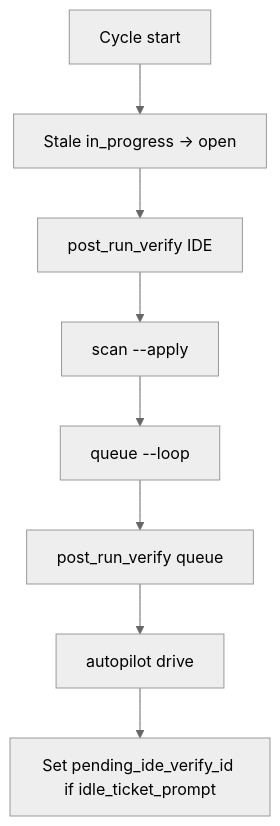
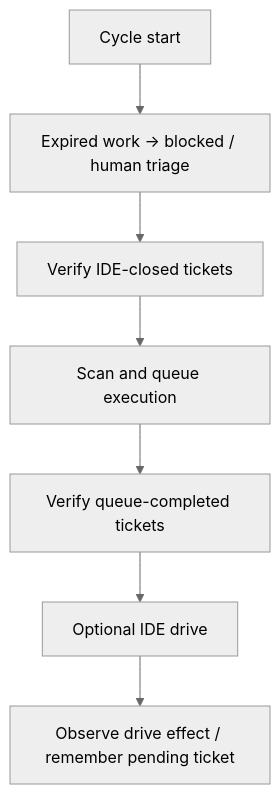
One commit to semcod/koru changed the diagram in docs/post-run-verify.md. Above: the diagram before and after it, drawn with Mermaid (neutral theme). The commit also changed other lines of this file and 7 other files, not shown here.

````diff
--- a/docs/post-run-verify.md
+++ b/docs/post-run-verify.md
@@ -48,10 +54,9 @@
 ```mermaid
 flowchart TD
-  A[Cycle start] --> B[Stale in_progress → open]
-  B --> C[post_run_verify IDE]
-  C --> D[scan --apply]
-  D --> E[queue --loop]
-  E --> F[post_run_verify queue]
-  F --> G[autopilot drive]
-  G --> H[Set pending_ide_verify_id if idle_ticket_prompt]
+  A[Cycle start] --> B[Expired work → blocked / human triage]
+  B --> C[Verify IDE-closed tickets]
+  C --> D[Scan and queue execution]
+  D --> E[Verify queue-completed tickets]
+  E --> F[Optional IDE drive]
+  F --> G[Observe drive effect / remember pending ticket]
 ```
````
